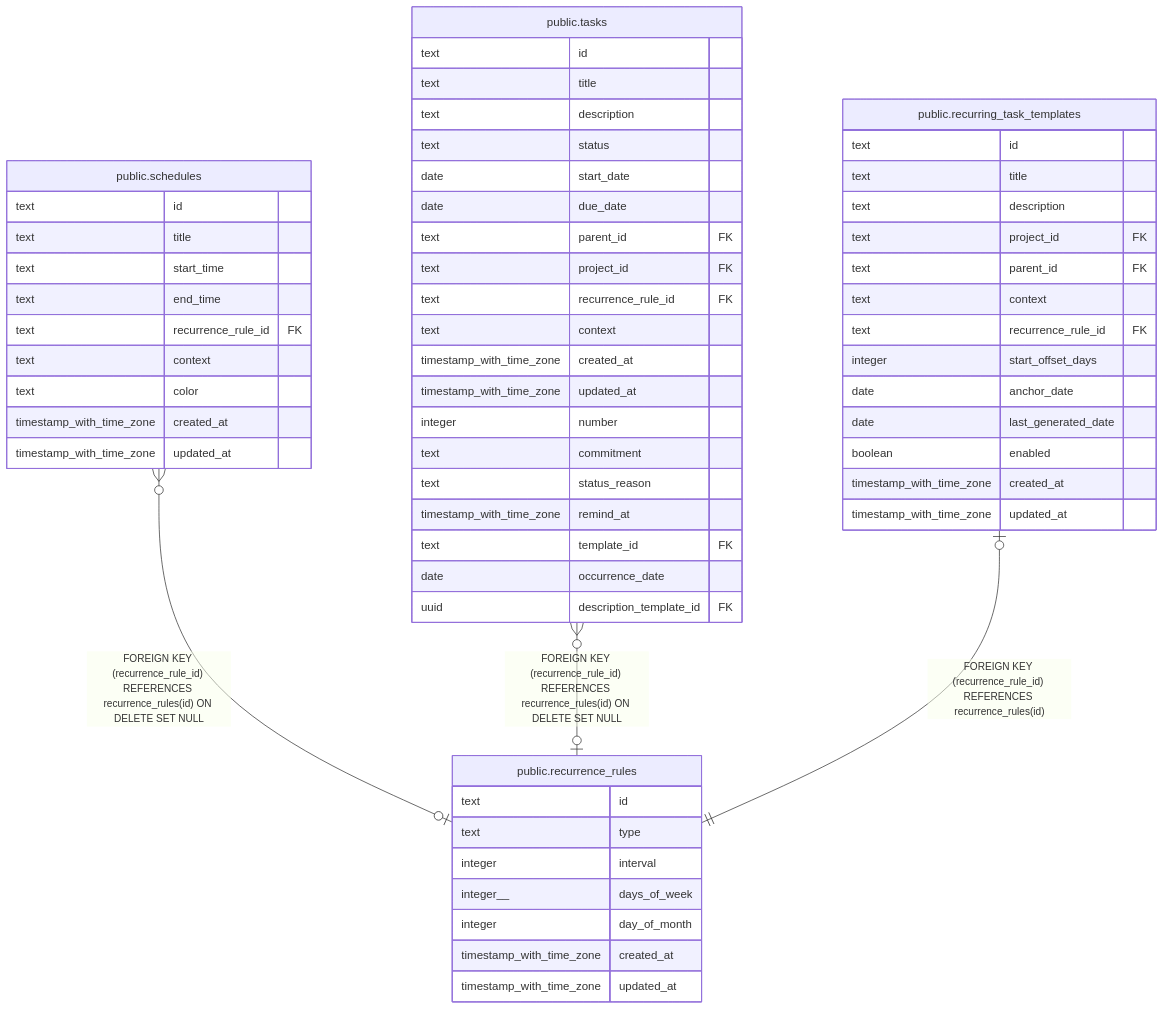
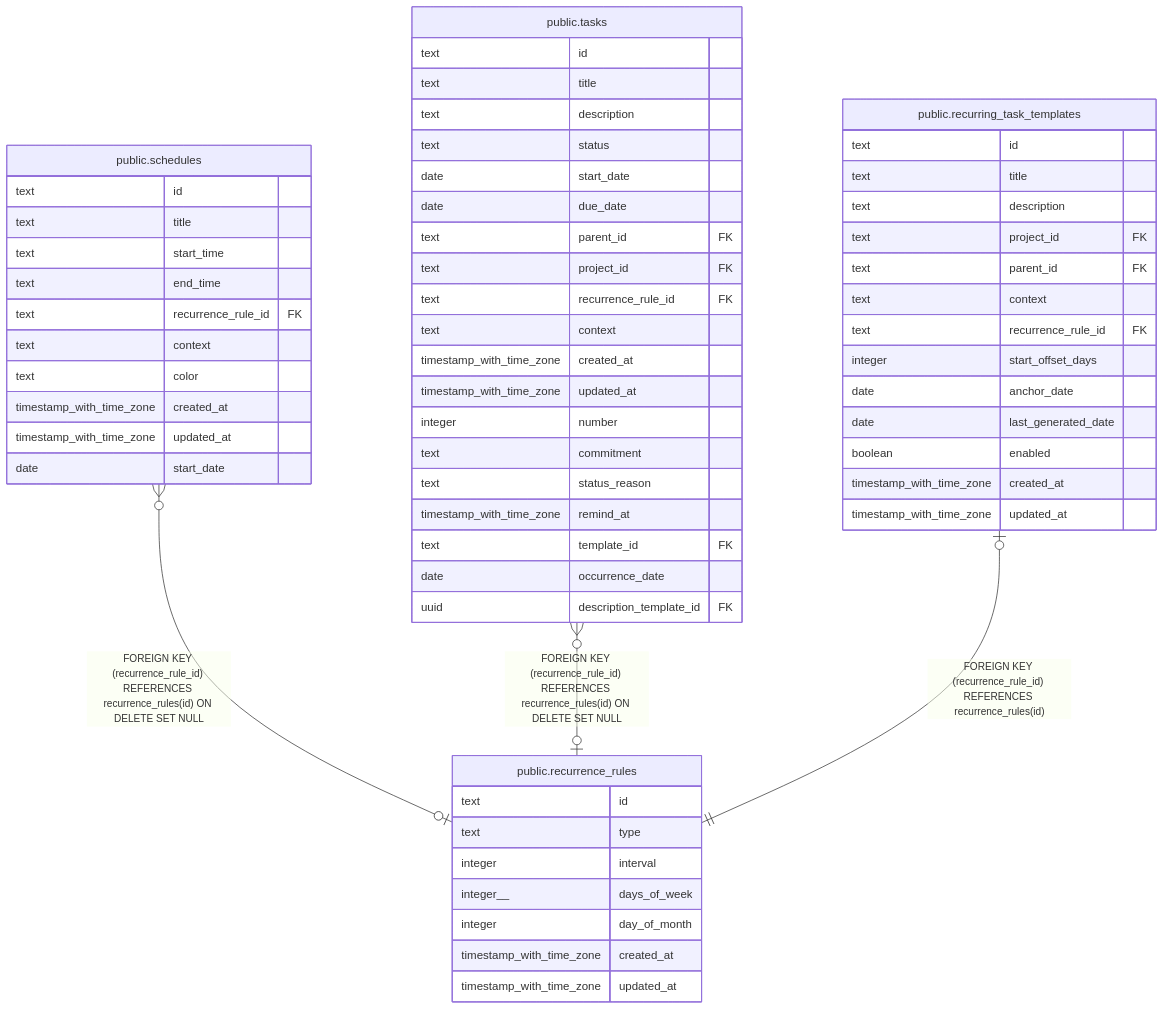
One commit to fohte/tq changed the diagram in api/docs/db/public.recurrence_rules.md. Above: the diagram before and after it, drawn with Mermaid. The commit also changed 30 other files, not shown here.

Commit message:
schedule: support one-off schedules by adding start date (#975)

````diff
--- a/api/docs/db/public.recurrence_rules.md
+++ b/api/docs/db/public.recurrence_rules.md
@@ -38,64 +38,65 @@
 ```mermaid
 erDiagram
 
 "public.schedules" }o--o| "public.recurrence_rules" : "FOREIGN KEY (recurrence_rule_id) REFERENCES recurrence_rules(id) ON DELETE SET NULL"
 "public.tasks" }o--o| "public.recurrence_rules" : "FOREIGN KEY (recurrence_rule_id) REFERENCES recurrence_rules(id) ON DELETE SET NULL"
 "public.recurring_task_templates" |o--|| "public.recurrence_rules" : "FOREIGN KEY (recurrence_rule_id) REFERENCES recurrence_rules(id)"
 
 "public.recurrence_rules" {
   text id
   text type
   integer interval
   integer__ days_of_week
   integer day_of_month
   timestamp_with_time_zone created_at
   timestamp_with_time_zone updated_at
 }
 "public.schedules" {
   text id
   text title
   text start_time
   text end_time
   text recurrence_rule_id FK
   text context
   text color
   timestamp_with_time_zone created_at
   timestamp_with_time_zone updated_at
+  date start_date
 }
 "public.tasks" {
   text id
   text title
   text description
   text status
   date start_date
   date due_date
   text parent_id FK
   text project_id FK
   text recurrence_rule_id FK
   text context
   timestamp_with_time_zone created_at
   timestamp_with_time_zone updated_at
   integer number
   text commitment
   text status_reason
   timestamp_with_time_zone remind_at
   text template_id FK
   date occurrence_date
   uuid description_template_id FK
 }
 "public.recurring_task_templates" {
   text id
   text title
   text description
   text project_id FK
   text parent_id FK
   text context
   text recurrence_rule_id FK
   integer start_offset_days
   date anchor_date
   date last_generated_date
   boolean enabled
   timestamp_with_time_zone created_at
   timestamp_with_time_zone updated_at
 }
 ```
````
